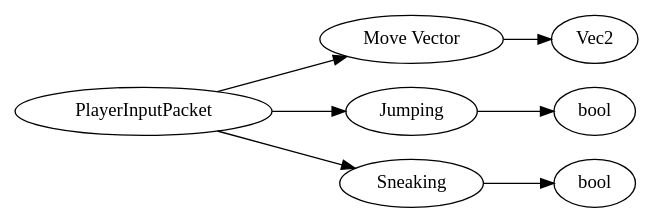
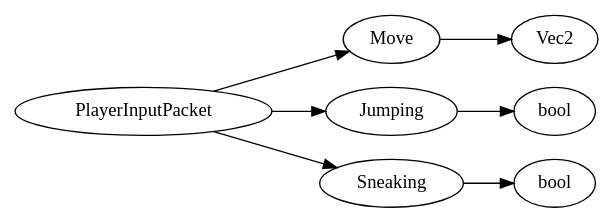
The diagram in dot/PlayerInputPacket.dot (Mojang/bedrock-protocol-docs), drawn with Graphviz before and after one commit. The commit also changed 94 other files, not shown here.

```diff
--- a/dot/PlayerInputPacket.dot
+++ b/dot/PlayerInputPacket.dot
@@ -1,20 +1,23 @@
 digraph "PlayerInputPacket" {
 rankdir = LR
 0
 0 -> 1
 1 -> 2
 0 -> 3
 3 -> 4
 0 -> 5
 5 -> 6
 
 0 [label="PlayerInputPacket",comment="name: \"PlayerInputPacket\", typeName: \"\", id: 0, branchId: 57, recurseId: -1, attributes: 0, notes: \"\""];
-1 [label="Move Vector",comment="name: \"Move Vector\", typeName: \"Vec2\", id: 1, branchId: 0, recurseId: -1, attributes: 256, notes: \"\""];
+1 [label="Move",comment="name: \"Move\", typeName: \"Vec2\", id: 1, branchId: 0, recurseId: -1, attributes: 256, notes: \"The desired local space move direction of the player in the vehicle. Convert this to world space by rotating by `mRot.y` along the Y (up) axis.
+The server authoritative near-equivalent is PlayerAuthInputPacket::mMove with the only difference being that this is scaled by expected movement slowdowns like sneaking and using items.\""];
 2 [label="Vec2",comment="name: \"Vec2\", typeName: \"\", id: 2, branchId: 0, recurseId: -1, attributes: 512, notes: \"\""];
-3 [label="Jumping",comment="name: \"Jumping\", typeName: \"\", id: 3, branchId: 0, recurseId: -1, attributes: 0, notes: \"\""];
+3 [label="Jumping",comment="name: \"Jumping\", typeName: \"\", id: 3, branchId: 0, recurseId: -1, attributes: 0, notes: \"True if the player is holding down the jump input or is auto-jumping.
+In server authoritative movement this is equivalent to `PlayerAuthInputPacket::InputData::Jumping` bit.\""];
 4 [label="bool",comment="name: \"bool\", typeName: \"\", id: 4, branchId: 0, recurseId: -1, attributes: 512, notes: \"\""];
-5 [label="Sneaking",comment="name: \"Sneaking\", typeName: \"\", id: 5, branchId: 0, recurseId: -1, attributes: 0, notes: \"\""];
+5 [label="Sneaking",comment="name: \"Sneaking\", typeName: \"\", id: 5, branchId: 0, recurseId: -1, attributes: 0, notes: \"This is either the predicted sneak state as determined by sneak input or the latest value received from `SetActorDataPacket` depending on timing.
+In server authoritative movement the closest equivalent is `PlayerAuthInputPacket::InputData::Sneaking` and does not have the timing issue.\""];
 6 [label="bool",comment="name: \"bool\", typeName: \"\", id: 6, branchId: 0, recurseId: -1, attributes: 512, notes: \"\""];
 { rank = max;2;4;6}
 
 }
```
